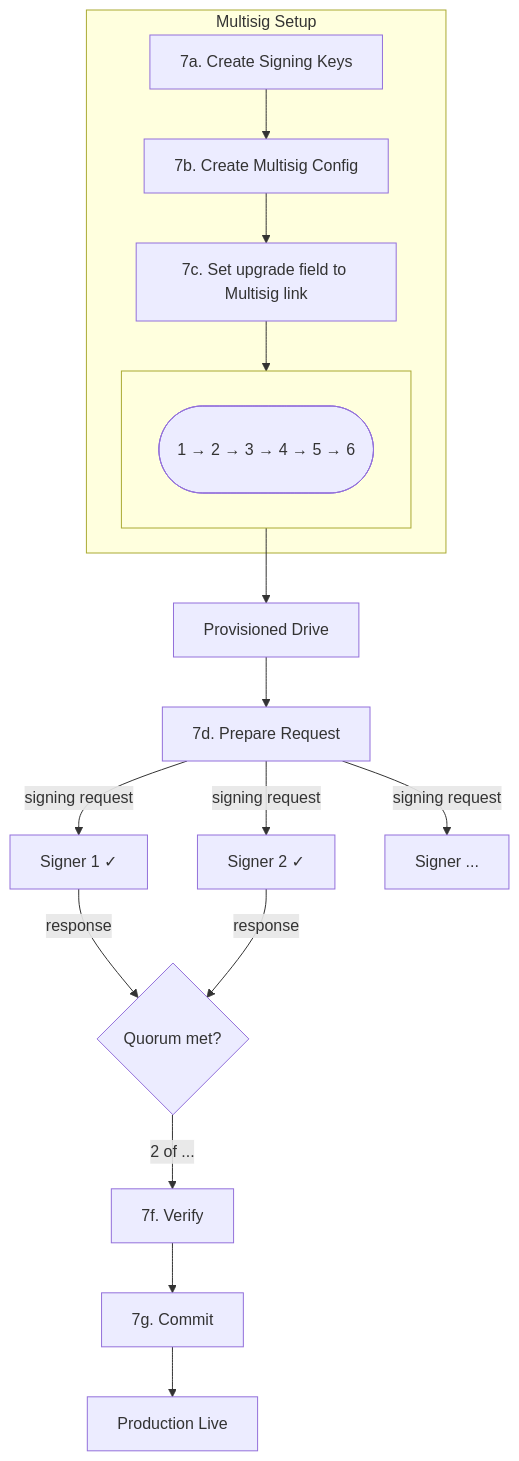
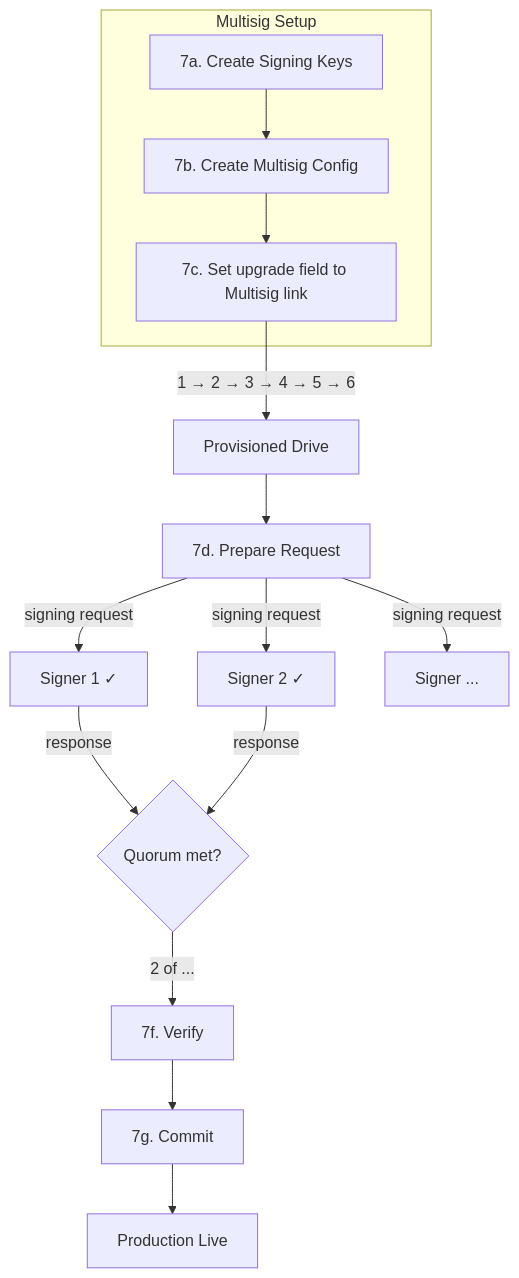
The sixth of 6 diagrams in README.md (holepunchto/hello-pear-electron), drawn with Mermaid before and after one commit.

````diff
--- a/README.md
+++ b/README.md
@@ -692,24 +692,18 @@
 ```mermaid
 graph TD
     subgraph Multisig Setup
         K[7a. Create Signing Keys] --> C[7b. Create Multisig Config]
-        C --> U[7]
-        U[7c. Set upgrade field to Multisig link]
-        U --> L
-        subgraph " "
-            direction LR
-            L([<br>1 → 2 → 3 → 4 → 5 → 6<br>&nbsp;])
-        end
+        C --> L[7c. Set upgrade field to Multisig link]
     end
 
-    L --> Prov[Provisioned Drive]
+    L -->|"1 → 2 → 3 → 4 → 5 → 6"| Prov[Provisioned Drive]
     Prov --> Req[7d. Prepare Request]
     Req -->|signing request| Sg1[Signer 1 ✓]
     Req -->|signing request| Sg2[Signer 2 ✓]
     Req -->|signing request| Sg3[Signer ...]
     Sg1 -->|response| Q{Quorum met?}
     Sg2 -->|response| Q
     Q -->|2 of ...| Ver[7f. Verify]
     Ver --> Com[7g. Commit]
     Com --> Live[Production Live]
 ```
````
